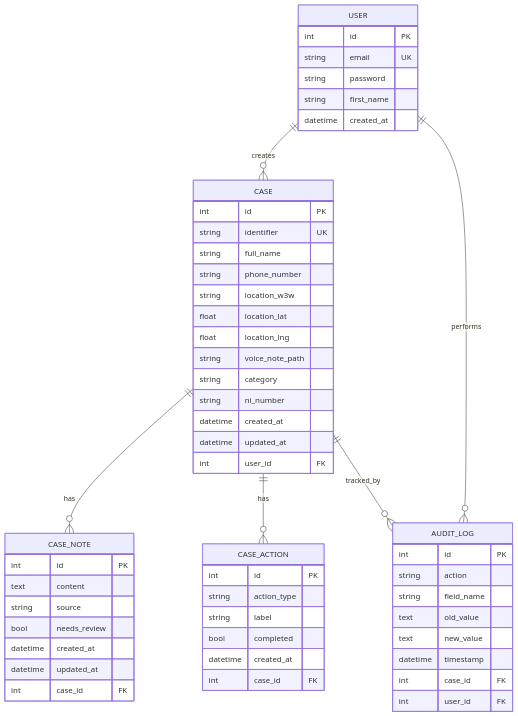
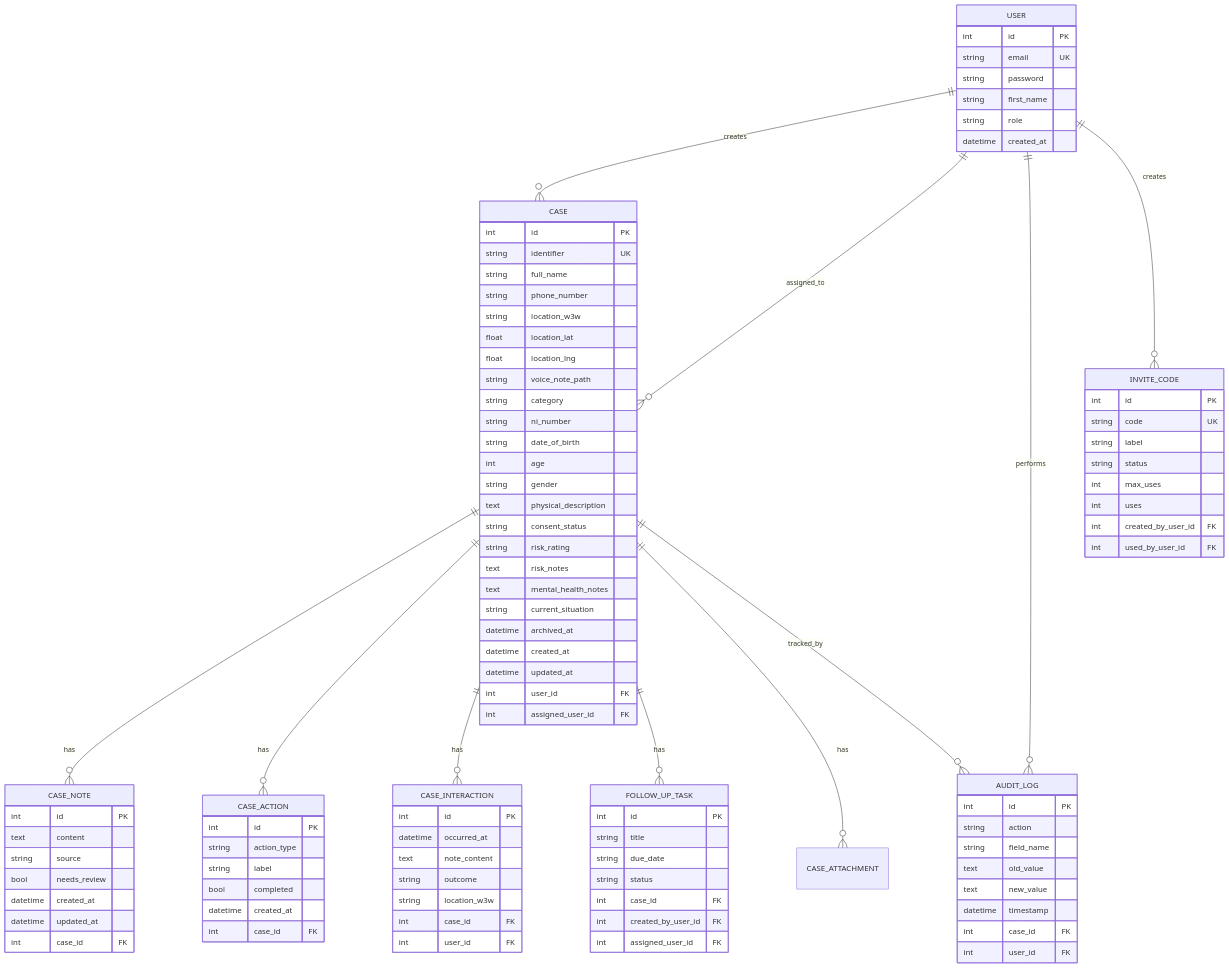
Before and after one commit to enkaypeter/quick-capture: the third of 6 diagrams in docs/architecture.md, drawn with Mermaid. The commit also changed other lines of this file and 41 other files, not shown here.

````diff
--- a/docs/architecture.md
+++ b/docs/architecture.md
@@ -126,9 +134,14 @@
 ```mermaid
 erDiagram
     USER ||--o{ CASE : creates
+    USER ||--o{ CASE : assigned_to
     USER ||--o{ AUDIT_LOG : performs
+    USER ||--o{ INVITE_CODE : creates
     CASE ||--o{ CASE_NOTE : has
     CASE ||--o{ CASE_ACTION : has
+    CASE ||--o{ CASE_INTERACTION : has
+    CASE ||--o{ FOLLOW_UP_TASK : has
+    CASE ||--o{ CASE_ATTACHMENT : has
     CASE ||--o{ AUDIT_LOG : tracked_by
 
     USER {
@@ -136,6 +149,7 @@
         string email UK
         string password
         string first_name
+        string role
         datetime created_at
     }
 
@@ -150,9 +164,20 @@
         string voice_note_path
         string category
         string ni_number
+        string date_of_birth
+        int age
+        string gender
+        text physical_description
+        string consent_status
+        string risk_rating
+        text risk_notes
+        text mental_health_notes
+        string current_situation
+        datetime archived_at
         datetime created_at
         datetime updated_at
         int user_id FK
+        int assigned_user_id FK
     }
 
     CASE_NOTE {
@@ -174,6 +199,37 @@
         int case_id FK
     }
 
+    CASE_INTERACTION {
+        int id PK
+        datetime occurred_at
+        text note_content
+        string outcome
+        string location_w3w
+        int case_id FK
+        int user_id FK
+    }
+
+    FOLLOW_UP_TASK {
+        int id PK
+        string title
+        string due_date
+        string status
+        int case_id FK
+        int created_by_user_id FK
+        int assigned_user_id FK
+    }
+
+    INVITE_CODE {
+        int id PK
+        string code UK
+        string label
+        string status
+        int max_uses
+        int uses
+        int created_by_user_id FK
+        int used_by_user_id FK
+    }
+
     AUDIT_LOG {
         int id PK
         string action
````
